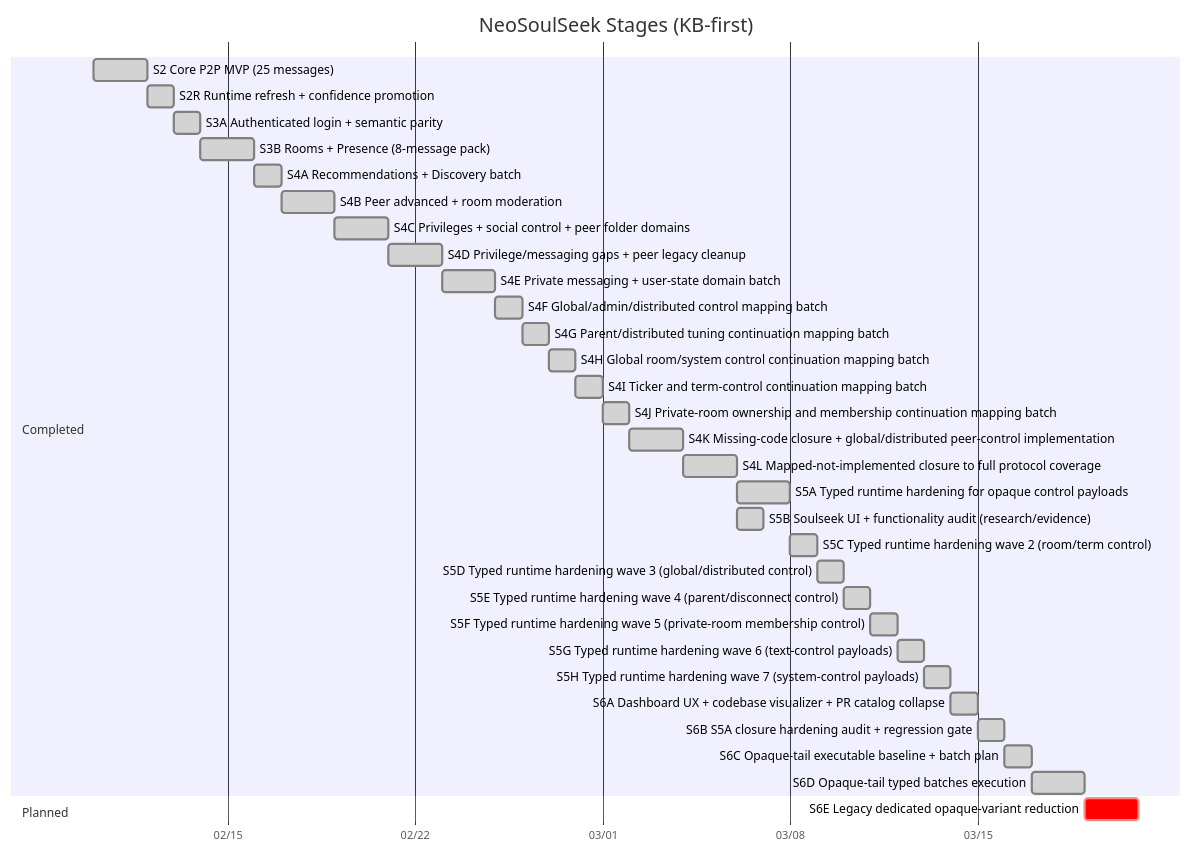
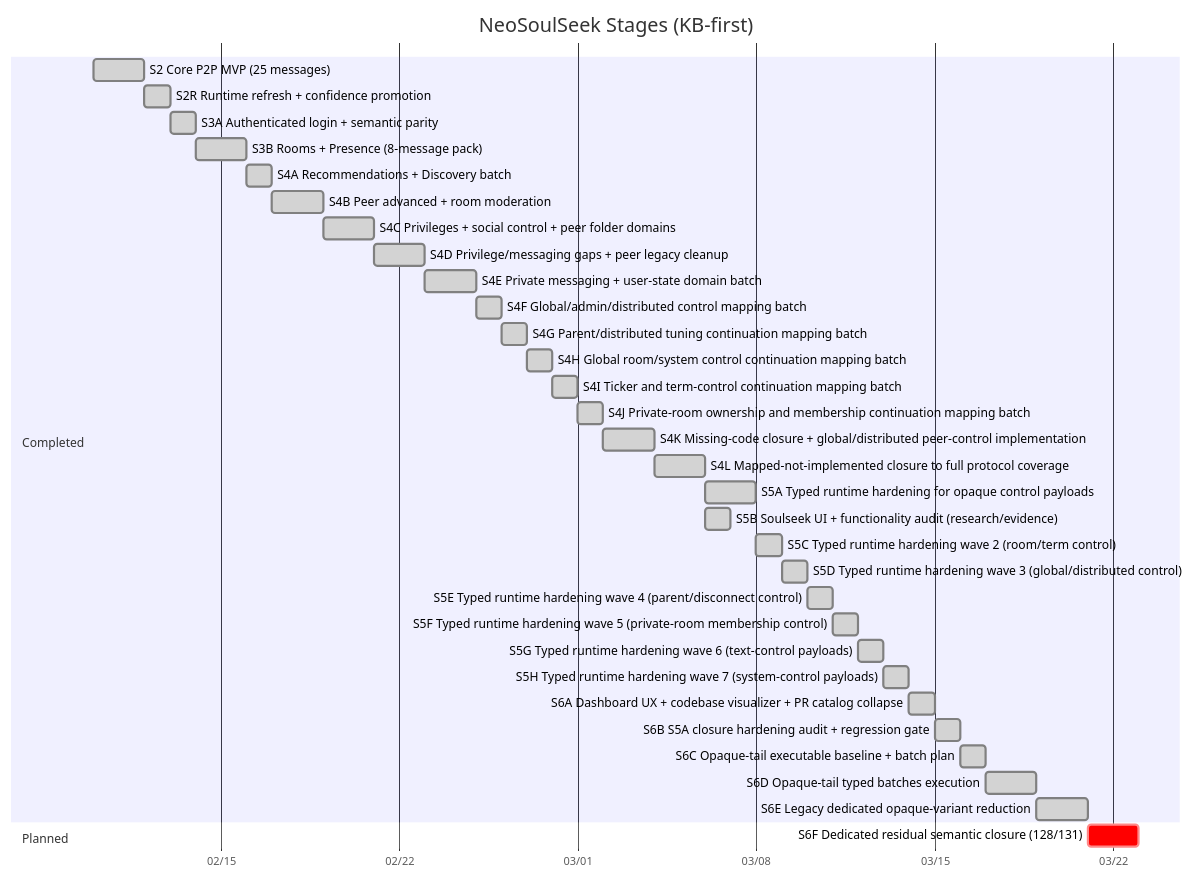
Before and after one commit to fedejinich/nss: the first of 5 diagrams in docs/state/roadmap.md, drawn with Mermaid. The commit also changed other lines of this file and 37 other files, not shown here.

Commit message:
feat: close s6e legacy opaque reduction

````diff
--- a/docs/state/roadmap.md
+++ b/docs/state/roadmap.md
@@ -17,37 +17,38 @@
 ```mermaid
 gantt
     title NeoSoulSeek Stages (KB-first)
     dateFormat  YYYY-MM-DD
     axisFormat  %m/%d
     section Completed
     S2 Core P2P MVP (25 messages) :done, s2, 2026-02-10, 2d
     S2R Runtime refresh + confidence promotion :done, s2r, after s2, 1d
     S3A Authenticated login + semantic parity :done, s3a, after s2r, 1d
     S3B Rooms + Presence (8-message pack) :done, s3b, 2026-02-14, 2d
     S4A Recommendations + Discovery batch :done, s4a, after s3b, 1d
     S4B Peer advanced + room moderation :done, s4b, after s4a, 2d
     S4C Privileges + social control + peer folder domains :done, s4c, after s4b, 2d
     S4D Privilege/messaging gaps + peer legacy cleanup :done, s4d, after s4c, 2d
     S4E Private messaging + user-state domain batch :done, s4e, after s4d, 2d
     S4F Global/admin/distributed control mapping batch :done, s4f, after s4e, 1d
     S4G Parent/distributed tuning continuation mapping batch :done, s4g, after s4f, 1d
     S4H Global room/system control continuation mapping batch :done, s4h, after s4g, 1d
     S4I Ticker and term-control continuation mapping batch :done, s4i, after s4h, 1d
     S4J Private-room ownership and membership continuation mapping batch :done, s4j, after s4i, 1d
     S4K Missing-code closure + global/distributed peer-control implementation :done, s4k, after s4j, 2d
     S4L Mapped-not-implemented closure to full protocol coverage :done, s4l, after s4k, 2d
     S5A Typed runtime hardening for opaque control payloads :done, s5a, after s4l, 2d
     S5B Soulseek UI + functionality audit (research/evidence) :done, s5b, after s4l, 1d
     S5C Typed runtime hardening wave 2 (room/term control) :done, s5c, after s5a, 1d
     S5D Typed runtime hardening wave 3 (global/distributed control) :done, s5d, after s5c, 1d
     S5E Typed runtime hardening wave 4 (parent/disconnect control) :done, s5e, after s5d, 1d
     S5F Typed runtime hardening wave 5 (private-room membership control) :done, s5f, after s5e, 1d
     S5G Typed runtime hardening wave 6 (text-control payloads) :done, s5g, after s5f, 1d
     S5H Typed runtime hardening wave 7 (system-control payloads) :done, s5h, after s5g, 1d
     S6A Dashboard UX + codebase visualizer + PR catalog collapse :done, s6a, after s5h, 1d
     S6B S5A closure hardening audit + regression gate :done, s6b, after s6a, 1d
     S6C Opaque-tail executable baseline + batch plan :done, s6c, after s6b, 1d
     S6D Opaque-tail typed batches execution :done, s6d, after s6c, 2d
+    S6E Legacy dedicated opaque-variant reduction :done, s6e, after s6d, 2d
     section Planned
-    S6E Legacy dedicated opaque-variant reduction :crit, s6e, after s6d, 2d
+    S6F Dedicated residual semantic closure (128/131) :crit, s6f, after s6e, 2d
 ```
````
